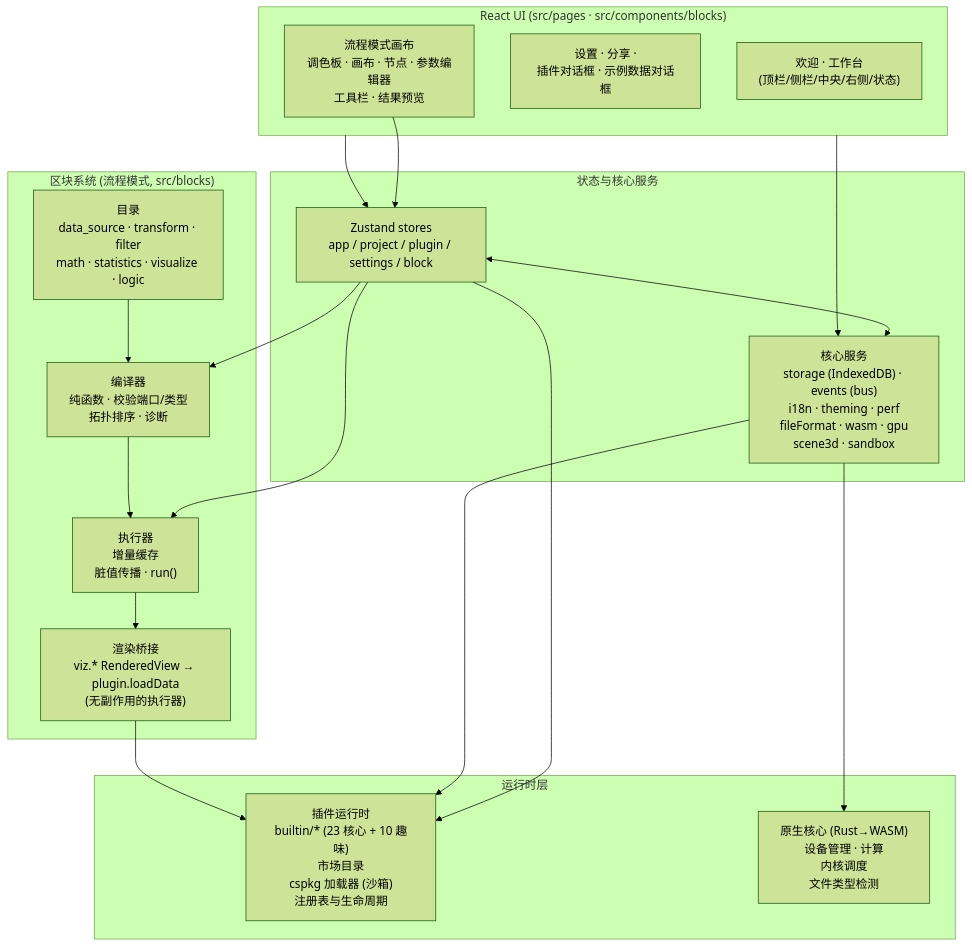
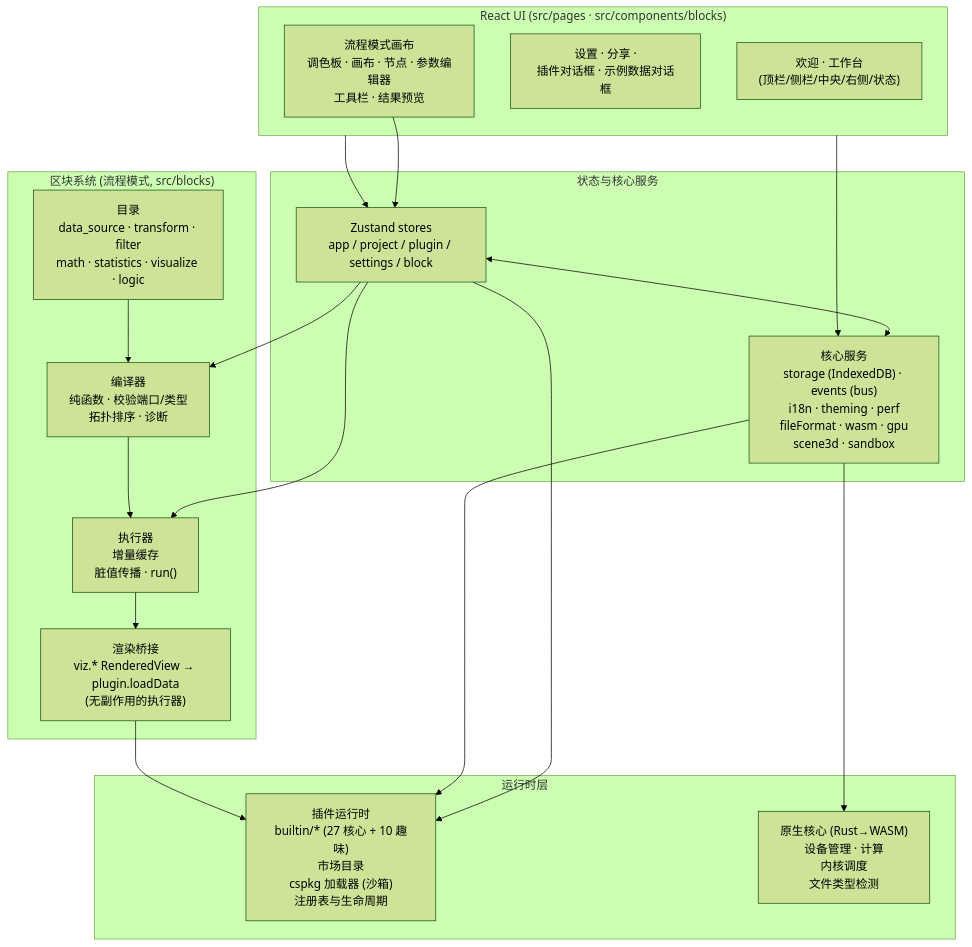
One commit to SnowLeopard-io/ErgalicsStudio changed the diagram in README.zh-CN.md. Above: the diagram before and after it, drawn with Mermaid (forest theme). The commit also changed other lines of this file and 32 other files, not shown here.

````diff
--- a/README.zh-CN.md
+++ b/README.zh-CN.md
@@ -130,39 +130,39 @@
 ```mermaid
 flowchart TB
     subgraph UI["React UI (src/pages · src/components/blocks)"]
         A1["欢迎 · 工作台<br/>(顶栏/侧栏/中央/右侧/状态)"]
         A2["设置 · 分享 ·<br/>插件对话框 · 示例数据对话框"]
         A3["流程模式画布<br/>调色板 · 画布 · 节点 · 参数编辑器<br/>工具栏 · 结果预览"]
     end
 
     subgraph State["状态与核心服务"]
         B1["Zustand stores<br/>app / project / plugin / settings / block"]
         B2["核心服务<br/>storage (IndexedDB) · events (bus)<br/>i18n · theming · perf<br/>fileFormat · wasm · gpu<br/>scene3d · sandbox"]
     end
 
     subgraph Blocks["区块系统 (流程模式, src/blocks)"]
         D1["目录<br/>data_source · transform · filter<br/>math · statistics · visualize · logic"]
         D2["编译器<br/>纯函数 · 校验端口/类型<br/>拓扑排序 · 诊断"]
         D3["执行器<br/>增量缓存<br/>脏值传播 · run()"]
         D4["渲染桥接<br/>viz.* RenderedView → plugin.loadData<br/>(无副作用的执行器)"]
     end
 
     subgraph Runtime["运行时层"]
-        C1["插件运行时<br/>builtin/* (23 核心 + 10 趣味)<br/>市场目录<br/>cspkg 加载器 (沙箱)<br/>注册表与生命周期"]
+        C1["插件运行时<br/>builtin/* (27 核心 + 10 趣味)<br/>市场目录<br/>cspkg 加载器 (沙箱)<br/>注册表与生命周期"]
         C2["原生核心 (Rust→WASM)<br/>设备管理 · 计算<br/>内核调度<br/>文件类型检测"]
     end
 
     UI --> B1
     UI --> B2
     B1 <--> B2
     B1 --> C1
     B2 --> C1
     B2 --> C2
     A3 --> B1
     B1 --> D2
     B1 --> D3
     D2 --> D3
     D1 --> D2
     D3 --> D4
     D4 --> C1
 ```
````
